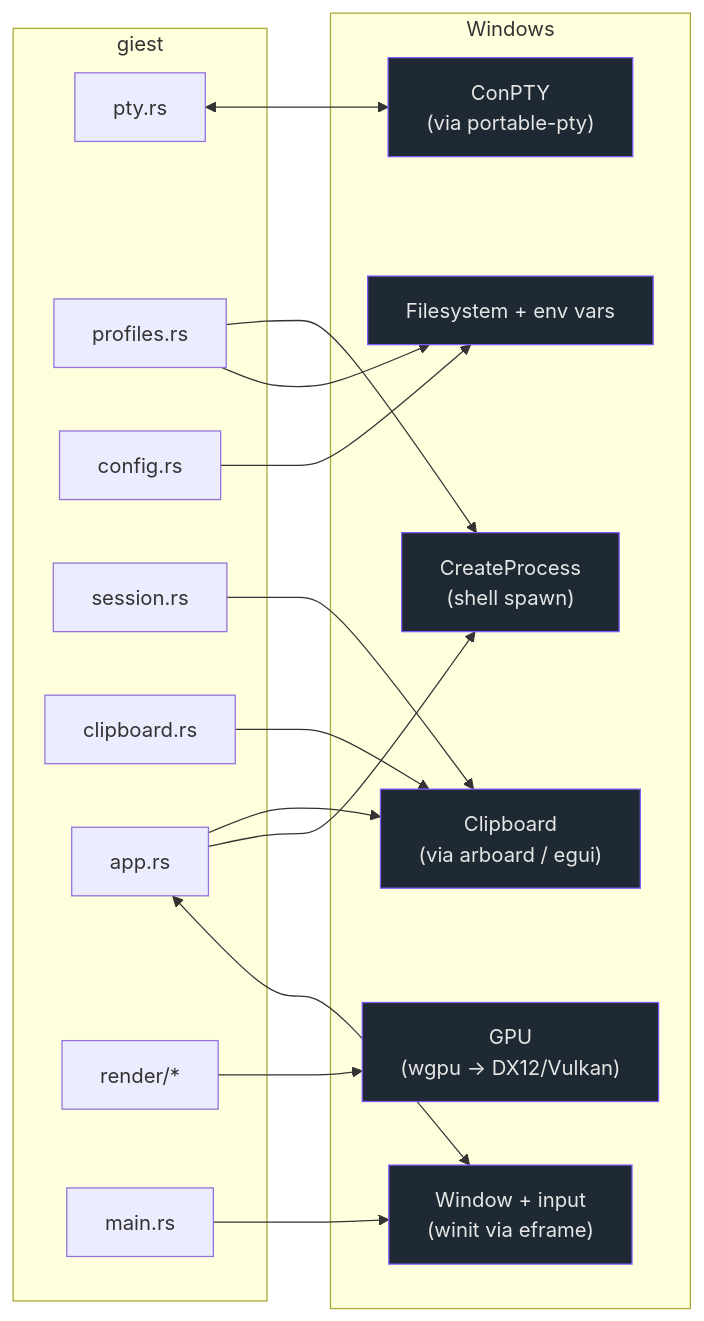
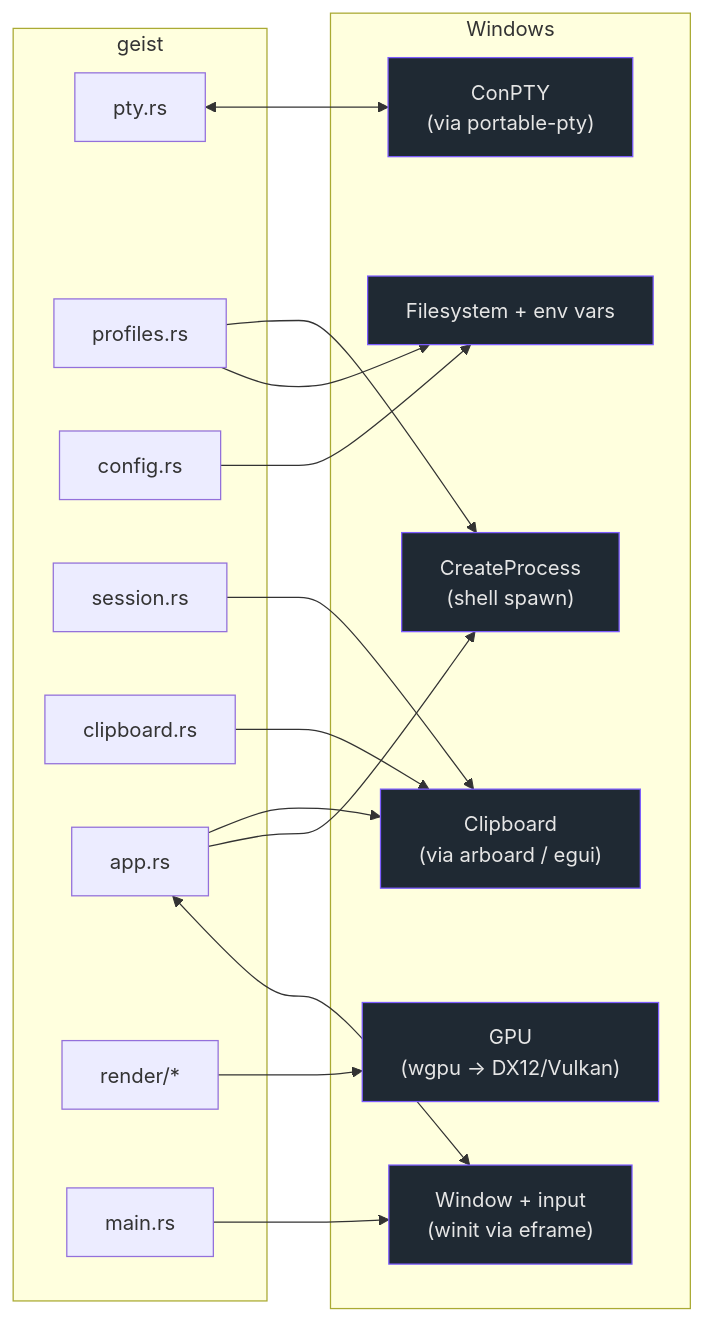
The first of 3 diagrams in docs/touchpoints/os.md (stvnksslr/geist), drawn with Mermaid before and after one commit. The commit also changed other lines of this file and 110 other files, not shown here.

````diff
--- a/docs/touchpoints/os.md
+++ b/docs/touchpoints/os.md
@@ -7,37 +7,37 @@
 ```mermaid
 flowchart LR
-    subgraph giest["giest"]
+    subgraph geist["geist"]
         pty["pty.rs"]
         prof["profiles.rs"]
         cfg["config.rs"]
         sess["session.rs"]
         osc["clipboard.rs"]
         app["app.rs"]
         ren["render/*"]
         main["main.rs"]
     end
 
     subgraph win["Windows"]
         conpty["ConPTY<br/>(via portable-pty)"]
         spawn["CreateProcess<br/>(shell spawn)"]
         clip["Clipboard<br/>(via arboard / egui)"]
         gpu["GPU<br/>(wgpu → DX12/Vulkan)"]
         wnd["Window + input<br/>(winit via eframe)"]
         fsenv["Filesystem + env vars"]
     end
 
     pty <--> conpty
     prof --> spawn
     prof --> fsenv
     cfg --> fsenv
     sess --> clip
     osc --> clip
     app --> clip
     app --> spawn
     ren --> gpu
     main --> wnd
     app <--> wnd
 
     classDef o fill:#1f2933,stroke:#7c5cff,color:#e6e6e6
     class conpty,spawn,clip,gpu,wnd,fsenv o
 ```
````
